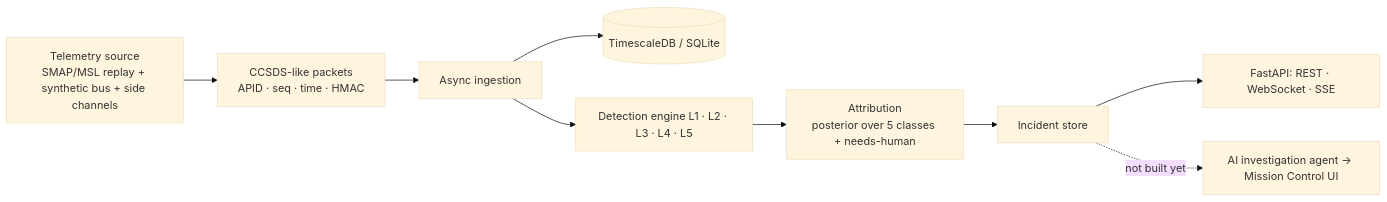
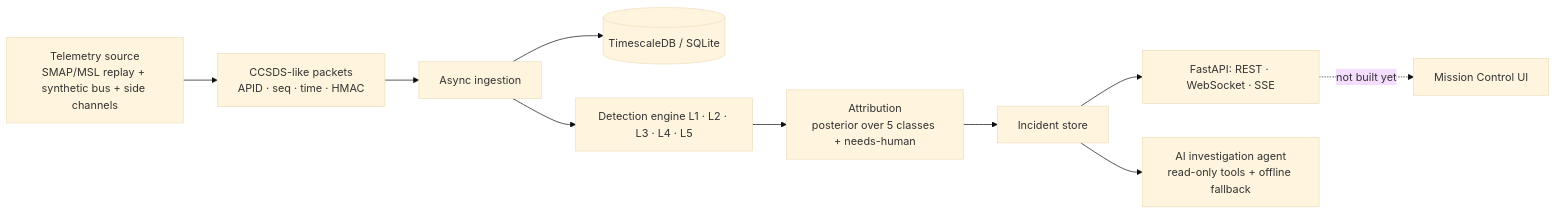
The diagram in README.md (Kaushik2210/ORBITAL-SENTINEL), drawn with Mermaid (base theme) before and after one commit. The commit also changed other lines of this file and 24 other files, not shown here.

First line of the commit message:
feat(agent): AI investigation agent with read-only tools and offline fallback

````diff
--- a/README.md
+++ b/README.md
@@ -75,11 +77,12 @@
 ```mermaid
 flowchart LR
   A[Telemetry source<br/>SMAP/MSL replay + synthetic bus + side channels] --> B[CCSDS-like packets<br/>APID · seq · time · HMAC]
   B --> C[Async ingestion]
   C --> D[(TimescaleDB / SQLite)]
   C --> E[Detection engine L1 · L2 · L3 · L4 · L5]
   E --> F[Attribution<br/>posterior over 5 classes + needs-human]
   F --> G[Incident store]
   G --> I[FastAPI: REST · WebSocket · SSE]
-  G -.->|not built yet| H[AI investigation agent → Mission Control UI]
+  G --> J[AI investigation agent<br/>read-only tools + offline fallback]
+  I -.->|not built yet| H[Mission Control UI]
 ```
````
